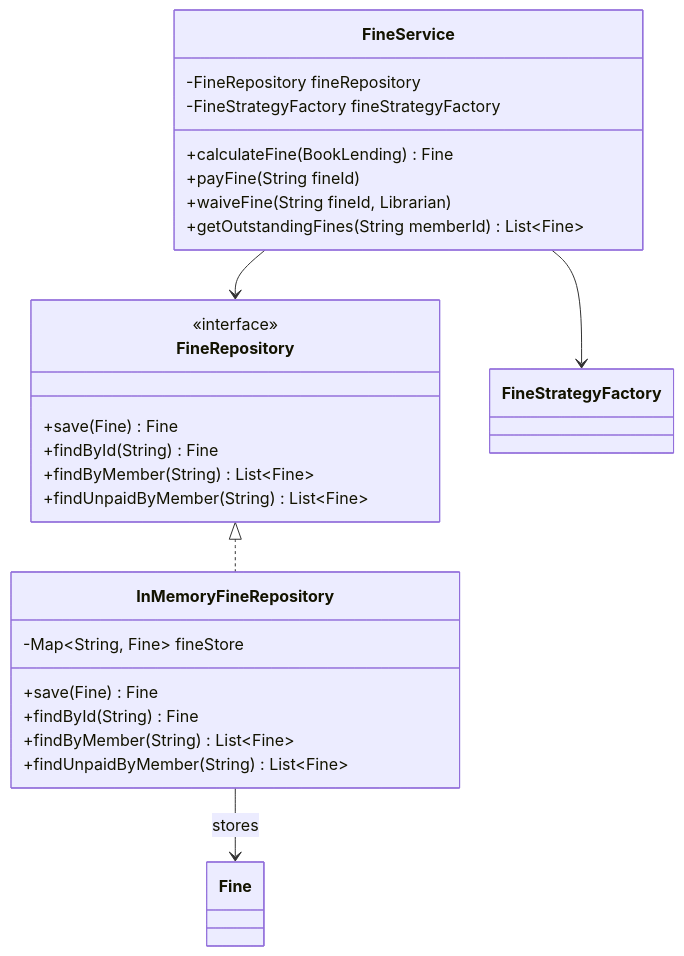
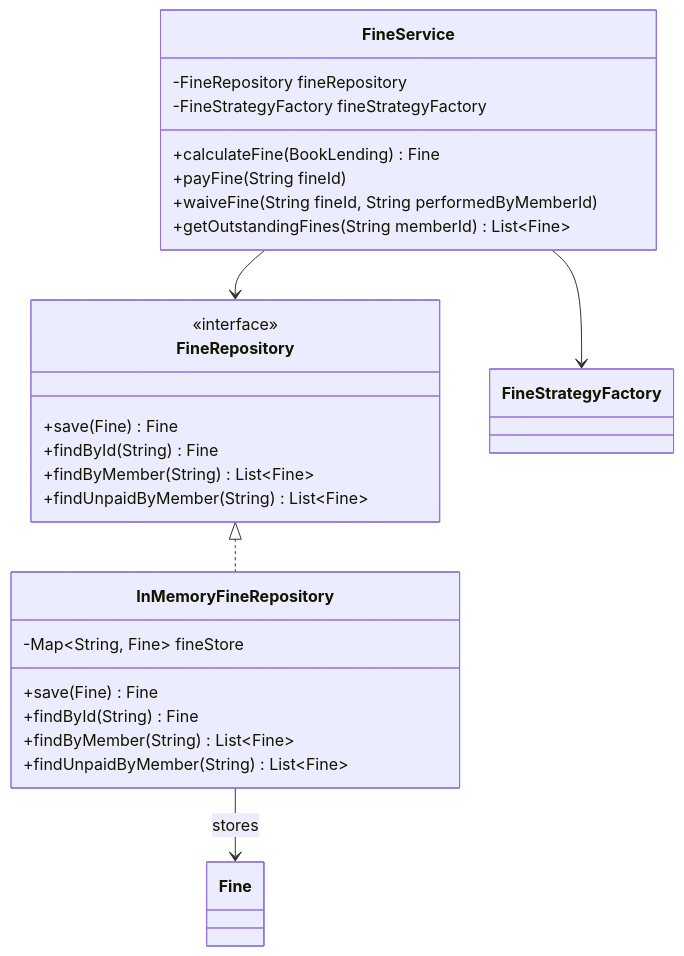
The sixth of 9 diagrams in LibraryManagementSystem/class-diagram.md (Arnavjain1703/LLD), drawn with Mermaid before and after one commit. The commit also changed other lines of this file and 51 other files, not shown here.

````diff
--- a/LibraryManagementSystem/class-diagram.md
+++ b/LibraryManagementSystem/class-diagram.md
@@ -447,32 +437,32 @@
 ```mermaid
 classDiagram
     class FineRepository {
         <<interface>>
         +save(Fine) Fine
         +findById(String) Fine
         +findByMember(String) List~Fine~
         +findUnpaidByMember(String) List~Fine~
     }
 
     class InMemoryFineRepository {
         -Map~String, Fine~ fineStore
         +save(Fine) Fine
         +findById(String) Fine
         +findByMember(String) List~Fine~
         +findUnpaidByMember(String) List~Fine~
     }
 
     class FineService {
         -FineRepository fineRepository
         -FineStrategyFactory fineStrategyFactory
         +calculateFine(BookLending) Fine
         +payFine(String fineId)
-        +waiveFine(String fineId, Librarian)
+        +waiveFine(String fineId, String performedByMemberId)
         +getOutstandingFines(String memberId) List~Fine~
     }
 
     FineRepository <|.. InMemoryFineRepository
     InMemoryFineRepository --> Fine : stores
     FineService --> FineRepository
     FineService --> FineStrategyFactory
 ```
````
